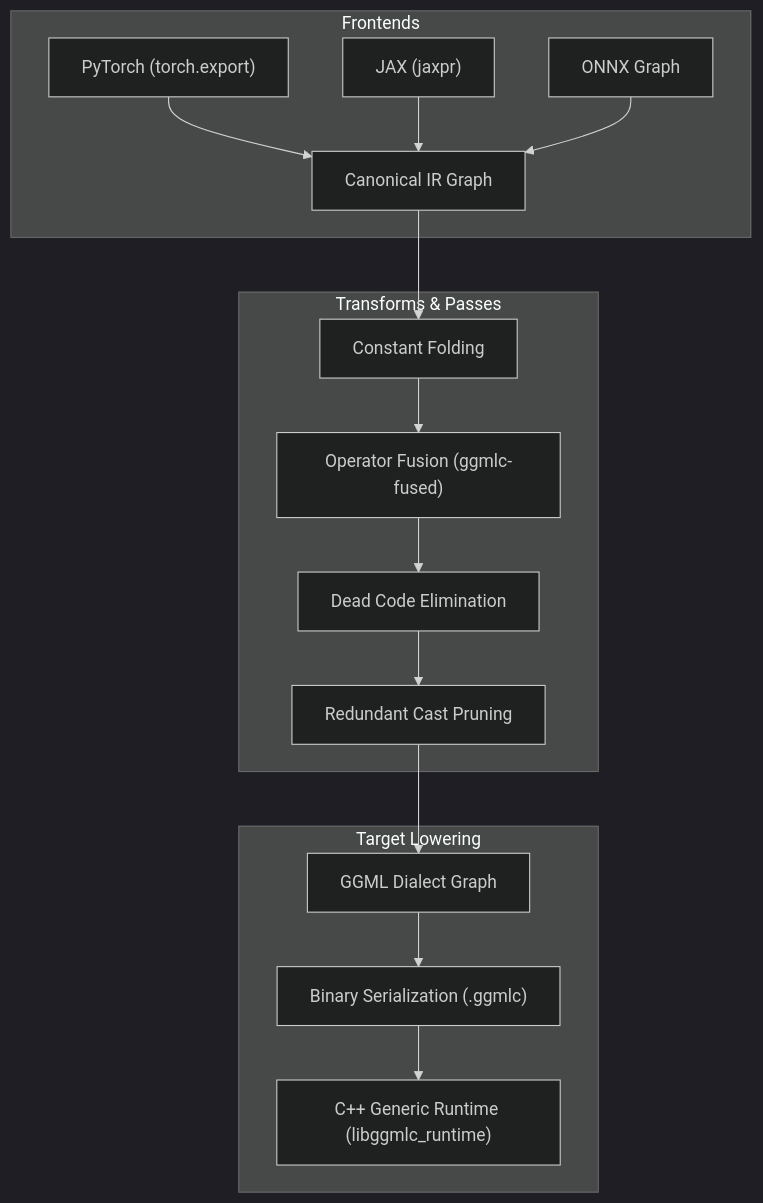
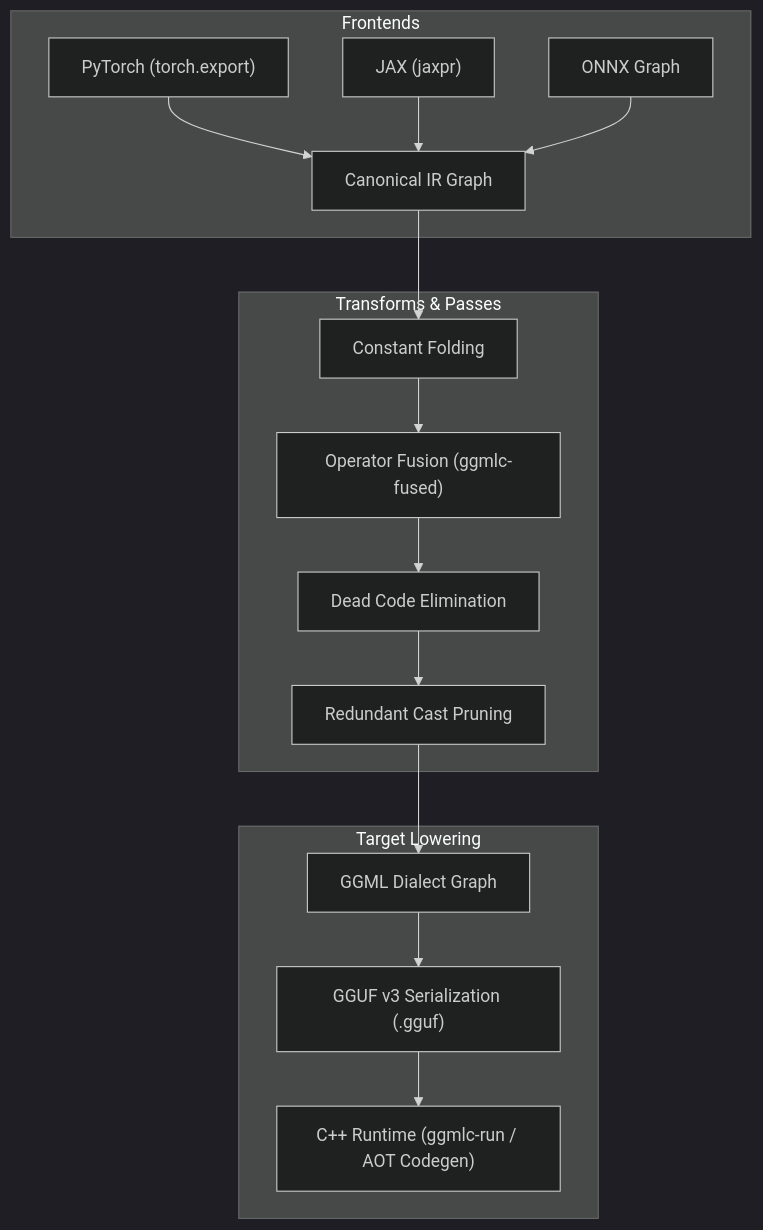
Before and after one commit to monatis/ggmlc: the first of 2 diagrams in docs/ir/canonical_ir.md, drawn with Mermaid (dark theme). The commit also changed 24 other files, not shown here.

Commit message:
Adopt gguf and drop custom .ggmlc format + implement codegen to spit standalone cpp project

````diff
--- a/docs/ir/canonical_ir.md
+++ b/docs/ir/canonical_ir.md
@@ -5,21 +5,21 @@
 ```mermaid
 graph TD
     subgraph "Frontends"
         PT["PyTorch (torch.export)"] --> CIR["Canonical IR Graph"]
         JAX["JAX (jaxpr)"] --> CIR
         ONNX["ONNX Graph"] --> CIR
     end
 
     subgraph "Transforms & Passes"
         CIR --> CF["Constant Folding"]
         CF --> FUS["Operator Fusion (ggmlc-fused)"]
         FUS --> DCE["Dead Code Elimination"]
         DCE --> RC["Redundant Cast Pruning"]
     end
 
     subgraph "Target Lowering"
         RC --> Dialect["GGML Dialect Graph"]
-        Dialect --> Serializer["Binary Serialization (.ggmlc)"]
-        Serializer --> Runtime["C++ Generic Runtime (libggmlc_runtime)"]
+        Dialect --> Serializer["GGUF v3 Serialization (.gguf)"]
+        Serializer --> Runtime["C++ Runtime (ggmlc-run / AOT Codegen)"]
     end
 ```
````
